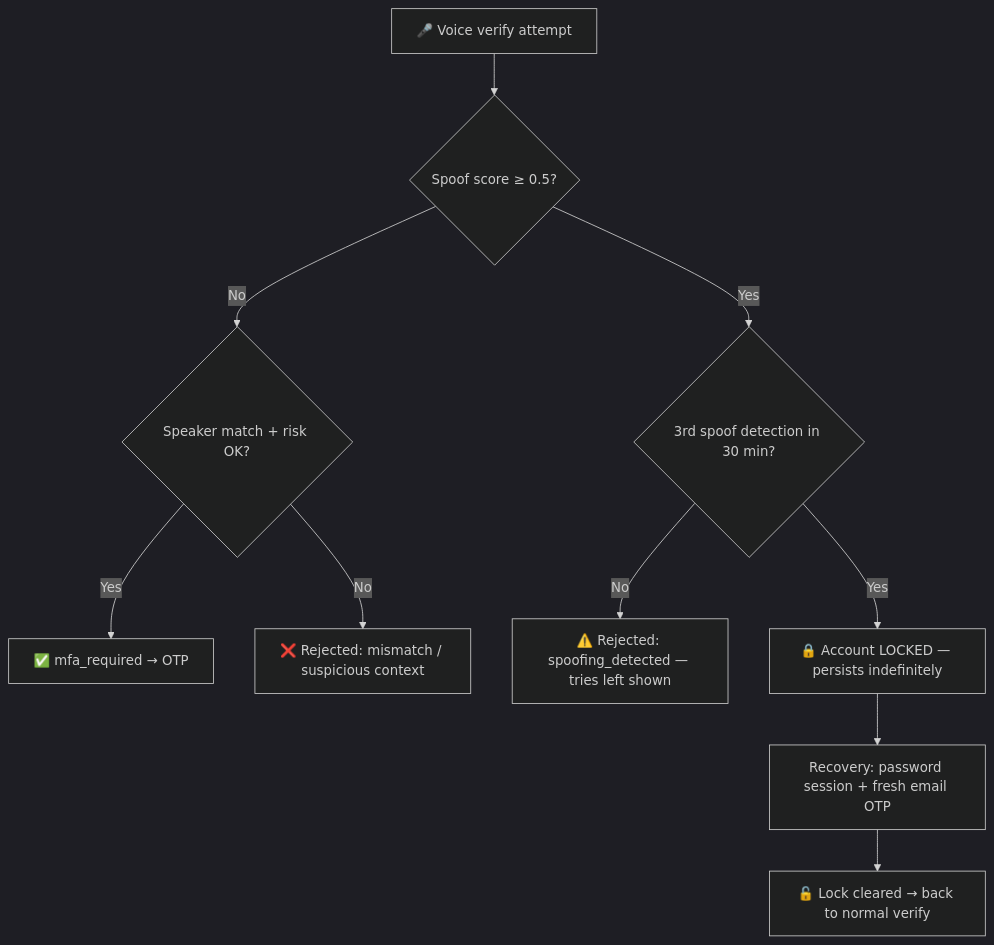
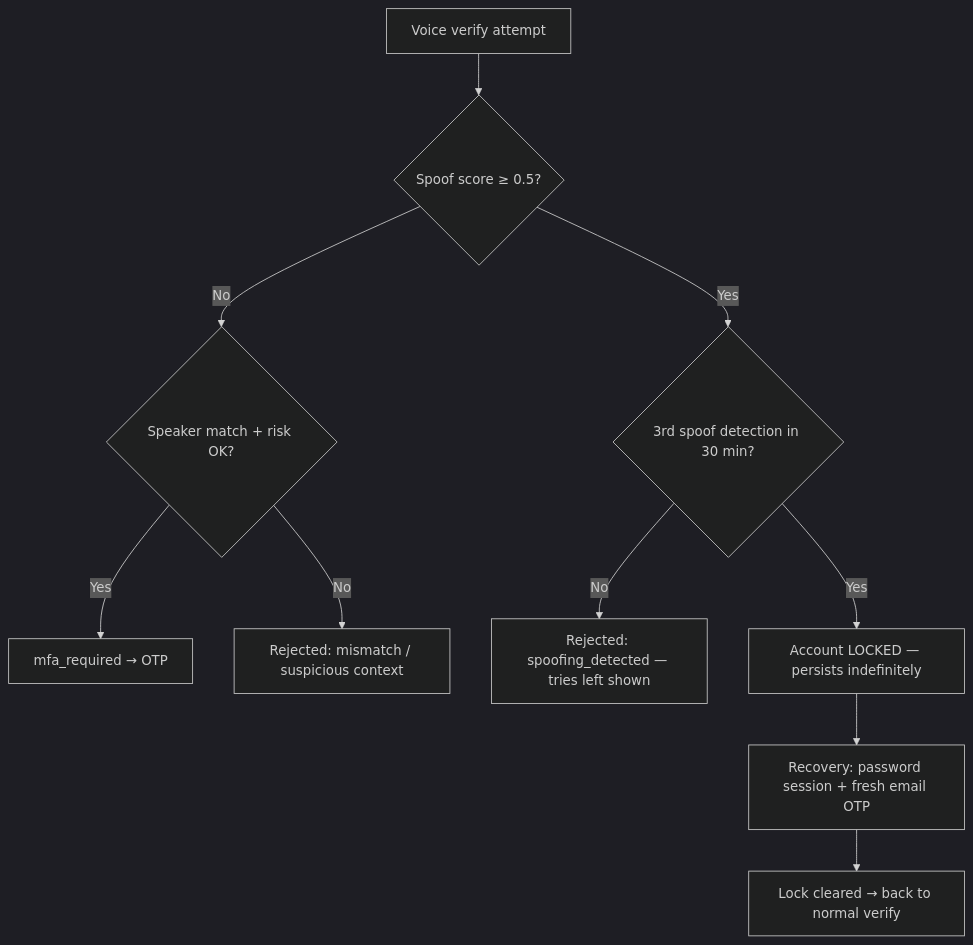
Before and after one commit to whatdadogdoing/VoiceProject: the second of 4 diagrams in README.md, drawn with Mermaid (dark theme). The commit also changed other lines of this file, not shown here.

````diff
--- a/README.md
+++ b/README.md
@@ -76,12 +76,12 @@
 ```mermaid
 flowchart TD
-    A["🎤 Voice verify attempt"] --> B{"Spoof score ≥ 0.5?"}
+    A["Voice verify attempt"] --> B{"Spoof score ≥ 0.5?"}
     B -- No --> C{"Speaker match + risk OK?"}
-    C -- Yes --> D["✅ mfa_required → OTP"]
-    C -- No --> E["❌ Rejected: mismatch / suspicious context"]
+    C -- Yes --> D["mfa_required → OTP"]
+    C -- No --> E["Rejected: mismatch / suspicious context"]
     B -- Yes --> F{"3rd spoof detection in 30 min?"}
-    F -- No --> G["⚠️ Rejected: spoofing_detected — tries left shown"]
-    F -- Yes --> H["🔒 Account LOCKED — persists indefinitely"]
+    F -- No --> G["Rejected: spoofing_detected — tries left shown"]
+    F -- Yes --> H["Account LOCKED — persists indefinitely"]
     H --> I["Recovery: password session + fresh email OTP"]
-    I --> J["🔓 Lock cleared → back to normal verify"]
+    I --> J["Lock cleared → back to normal verify"]
 ```
````
